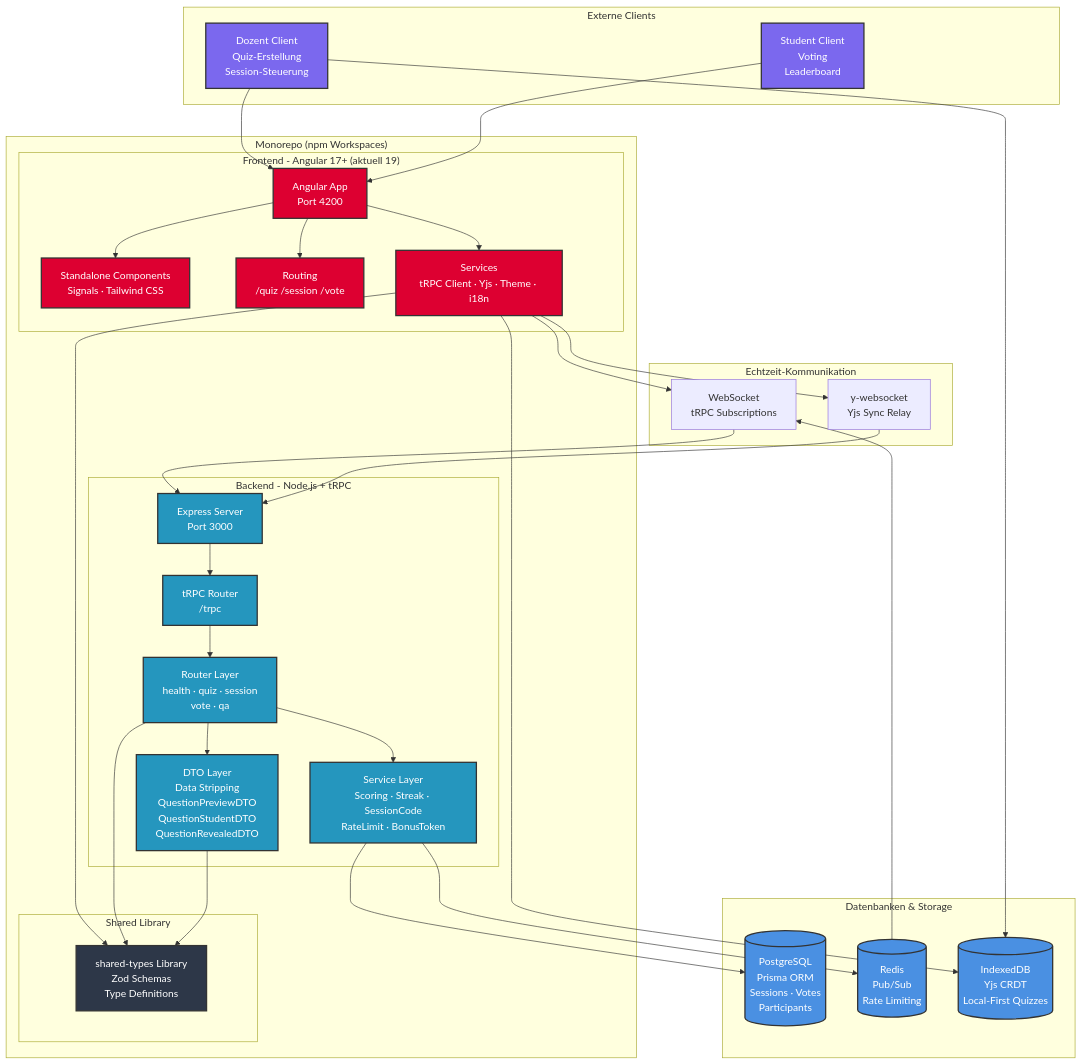
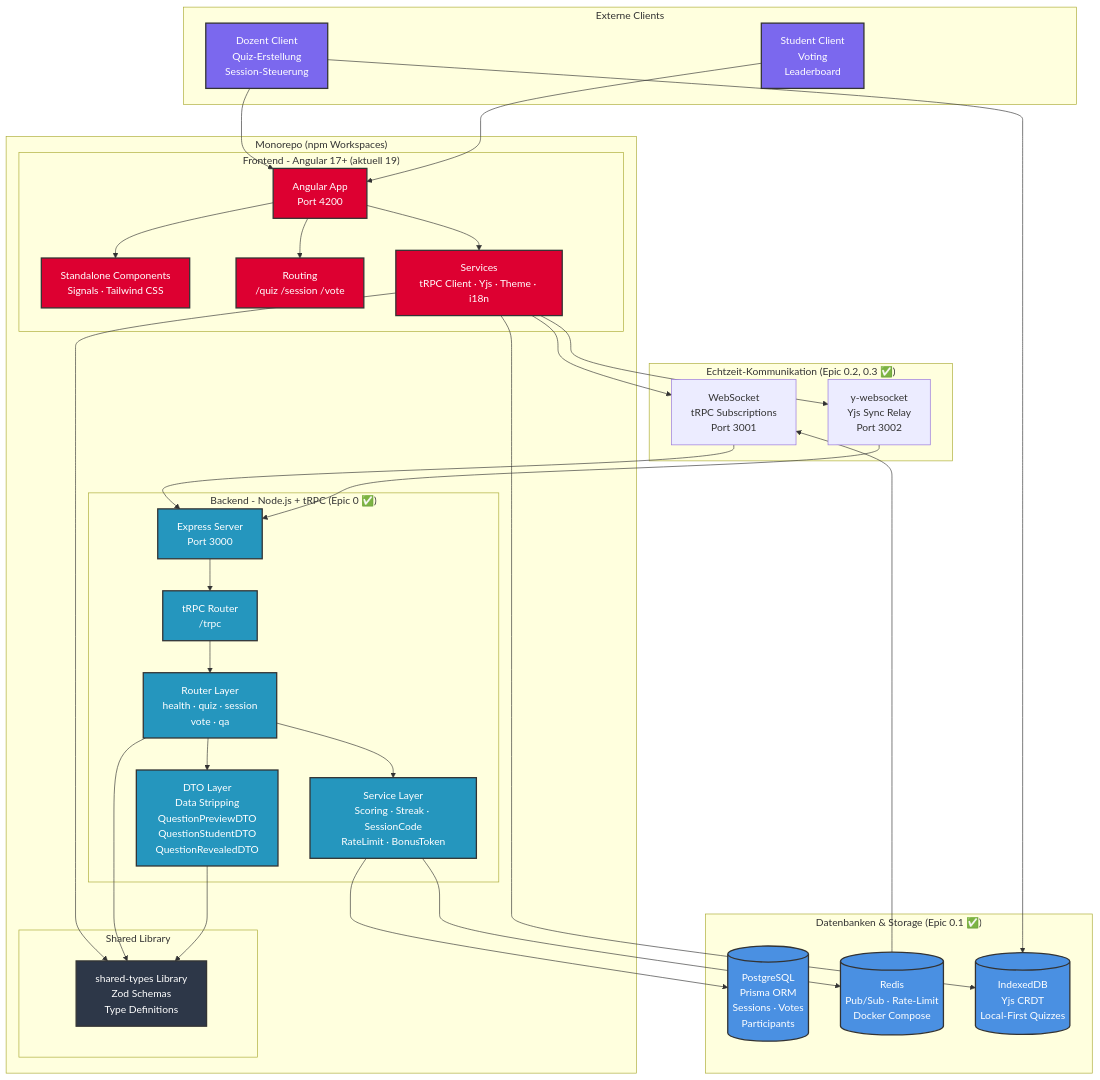
One commit to arsnova-dev/arsnova-click-v3 changed the first of 6 diagrams in docs/diagrams/architecture-overview.md. Above: the diagram before and after it, drawn with Mermaid. The commit also changed other lines of this file and 18 other files, not shown here.

Commit message:
docs: update backlog and documentation to reflect completion of Epic 0, including Redis, tRPC WebSocket, Yjs integration, and server status features

````diff
--- a/docs/diagrams/architecture-overview.md
+++ b/docs/diagrams/architecture-overview.md
@@ -9,81 +11,81 @@
 ```mermaid
 graph TB
     subgraph "Monorepo (npm Workspaces)"
         subgraph "Frontend - Angular 17+ (aktuell 19)"
             FE[Angular App<br/>Port 4200]
             FE_COMP[Standalone Components<br/>Signals · Tailwind CSS]
             FE_ROUTES[Routing<br/>/quiz /session /vote]
             FE_SERVICES[Services<br/>tRPC Client · Yjs · Theme · i18n]
         end
         
-        subgraph "Backend - Node.js + tRPC"
+        subgraph "Backend - Node.js + tRPC (Epic 0 ✅)"
             BE[Express Server<br/>Port 3000]
             TRPC[tRPC Router<br/>/trpc]
             ROUTERS[Router Layer<br/>health · quiz · session<br/>vote · qa]
             SERVICES[Service Layer<br/>Scoring · Streak · SessionCode<br/>RateLimit · BonusToken]
             DTO[DTO Layer<br/>Data Stripping<br/>QuestionPreviewDTO<br/>QuestionStudentDTO<br/>QuestionRevealedDTO]
         end
         
         subgraph "Shared Library"
             SHARED[shared-types Library<br/>Zod Schemas<br/>Type Definitions]
         end
     end
     
-    subgraph "Datenbanken & Storage"
+    subgraph "Datenbanken & Storage (Epic 0.1 ✅)"
         PG[(PostgreSQL<br/>Prisma ORM<br/>Sessions · Votes<br/>Participants)]
-        REDIS[(Redis<br/>Pub/Sub<br/>Rate Limiting)]
+        REDIS[(Redis<br/>Pub/Sub · Rate-Limit<br/>Docker Compose)]
         IDB[(IndexedDB<br/>Yjs CRDT<br/>Local-First Quizzes)]
     end
     
     subgraph "Externe Clients"
         DOZENT[Dozent Client<br/>Quiz-Erstellung<br/>Session-Steuerung]
         STUDENT[Student Client<br/>Voting<br/>Leaderboard]
     end
     
-    subgraph "Echtzeit-Kommunikation"
-        WS[WebSocket<br/>tRPC Subscriptions]
-        YWS[y-websocket<br/>Yjs Sync Relay]
+    subgraph "Echtzeit-Kommunikation (Epic 0.2, 0.3 ✅)"
+        WS[WebSocket<br/>tRPC Subscriptions<br/>Port 3001]
+        YWS[y-websocket<br/>Yjs Sync Relay<br/>Port 3002]
     end
     
     %% Frontend-Verbindungen
     FE --> FE_COMP
     FE --> FE_ROUTES
     FE --> FE_SERVICES
     FE_SERVICES --> SHARED
     FE_SERVICES --> WS
     FE_SERVICES --> YWS
     FE_SERVICES --> IDB
     
     %% Backend-Verbindungen
     BE --> TRPC
     TRPC --> ROUTERS
     ROUTERS --> SERVICES
     ROUTERS --> DTO
     SERVICES --> PG
     SERVICES --> REDIS
     ROUTERS --> SHARED
     DTO --> SHARED
     
     %% Echtzeit-Verbindungen
     WS --> BE
     YWS --> BE
     REDIS --> WS
     
     %% Client-Verbindungen
     DOZENT --> FE
     STUDENT --> FE
     DOZENT --> IDB
     
     %% Styling
     classDef frontend fill:#DD0031,stroke:#333,stroke-width:2px,color:#fff
     classDef backend fill:#2596be,stroke:#333,stroke-width:2px,color:#fff
     classDef shared fill:#2D3748,stroke:#333,stroke-width:2px,color:#fff
     classDef database fill:#4A90E2,stroke:#333,stroke-width:2px,color:#fff
     classDef client fill:#7B68EE,stroke:#333,stroke-width:2px,color:#fff
     
     class FE,FE_COMP,FE_ROUTES,FE_SERVICES frontend
     class BE,TRPC,ROUTERS,SERVICES,DTO backend
     class SHARED shared
     class PG,REDIS,IDB database
     class DOZENT,STUDENT client
 ```
````
